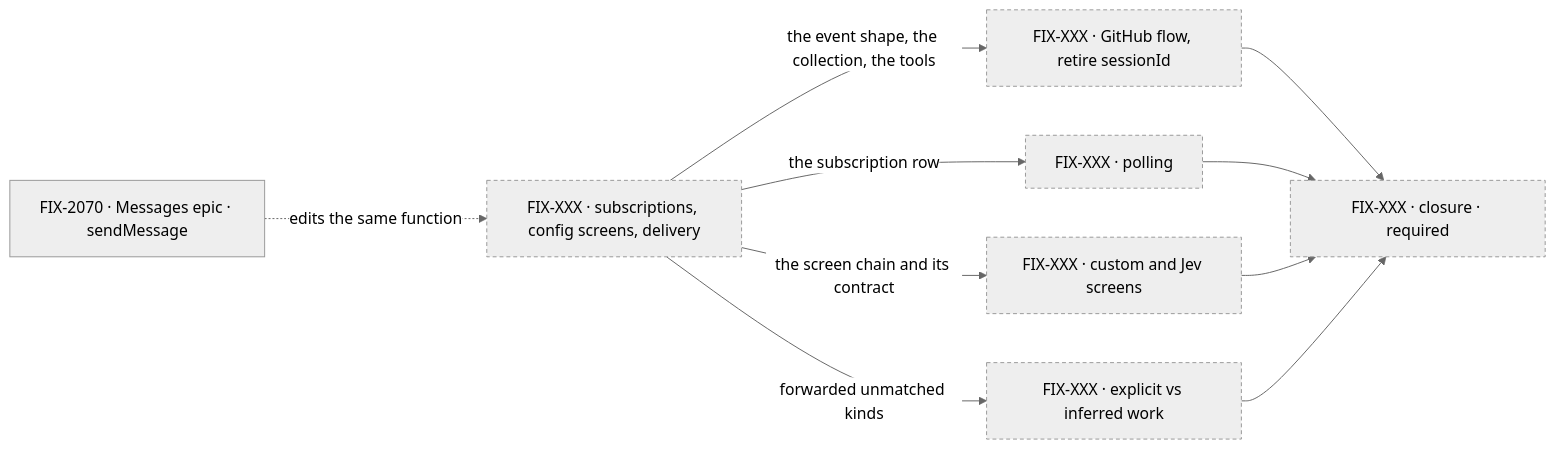
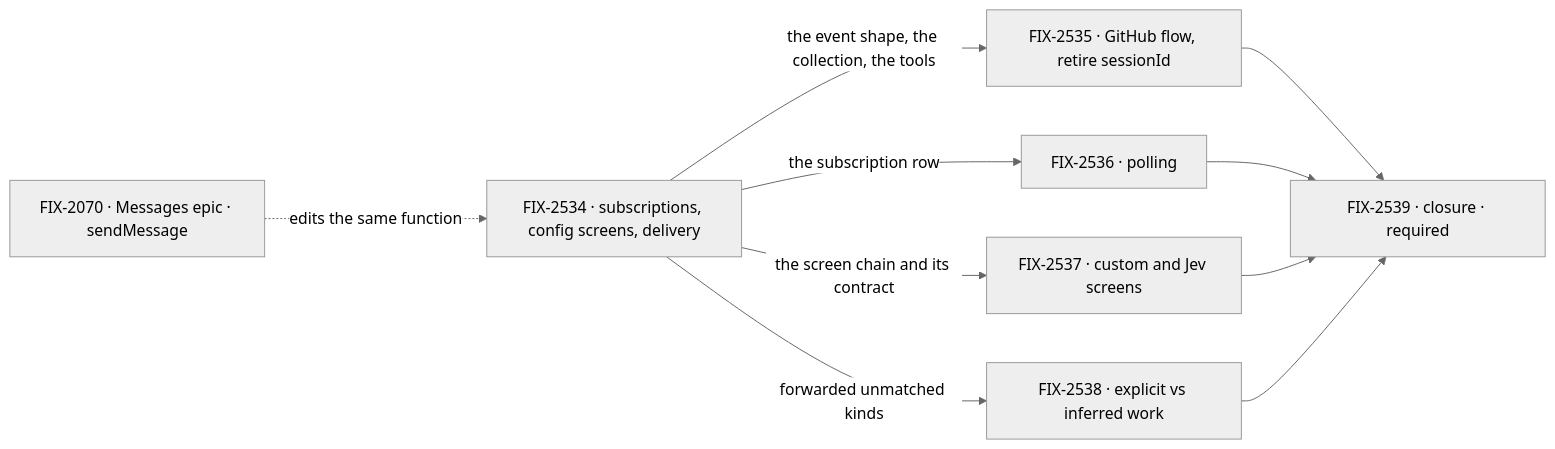
One commit to fixpoint-labs/flow-state-dev changed the third of 3 diagrams in specs/epics/FIX-2471/SPEC.md. Above: the diagram before and after it, drawn with Mermaid (neutral theme). The commit also changed other lines of this file and 6 other files, not shown here.

````diff
--- a/specs/epics/FIX-2471/SPEC.md
+++ b/specs/epics/FIX-2471/SPEC.md
@@ -96,14 +96,12 @@
 ```mermaid
 flowchart LR
   M["FIX-2070 · Messages epic · sendMessage"] -.->|"edits the same function"| A
-  A["FIX-XXX · subscriptions, config screens, delivery"] -->|"the event shape, the collection, the tools"| B["FIX-XXX · GitHub flow, retire sessionId"]
-  A -->|"the subscription row"| C["FIX-XXX · polling"]
-  A -->|"the screen chain and its contract"| D["FIX-XXX · custom and Jev screens"]
-  A -->|"forwarded unmatched kinds"| E["FIX-XXX · explicit vs inferred work"]
-  B --> P["FIX-XXX · closure · required"]
+  A["FIX-2534 · subscriptions, config screens, delivery"] -->|"the event shape, the collection, the tools"| B["FIX-2535 · GitHub flow, retire sessionId"]
+  A -->|"the subscription row"| C["FIX-2536 · polling"]
+  A -->|"the screen chain and its contract"| D["FIX-2537 · custom and Jev screens"]
+  A -->|"forwarded unmatched kinds"| E["FIX-2538 · explicit vs inferred work"]
+  B --> P["FIX-2539 · closure · required"]
   C --> P
   D --> P
   E --> P
-  classDef proposed stroke-dasharray:4 3
-  class A,B,C,D,E,P proposed
 ```
````
